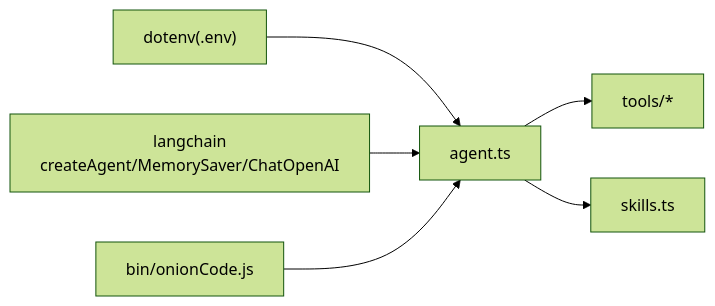
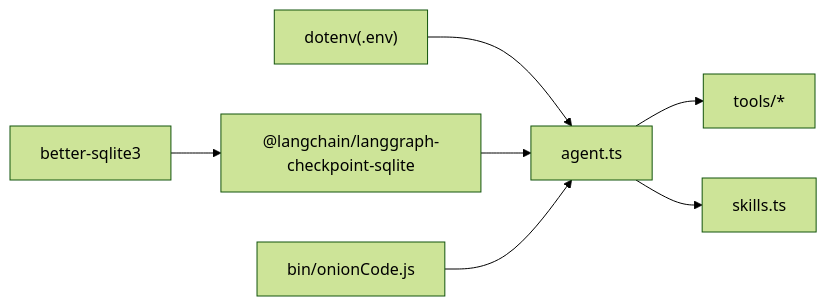
Before and after one commit to HAOFUYANG/onion-code: the sixth of 6 diagrams in .qoder/repowiki/zh/content/核心代理系统/会话管理机制.md, drawn with Mermaid (forest theme). The commit also changed other lines of this file and 3 other files, not shown here.

````diff
--- a/.qoder/repowiki/zh/content/核心代理系统/会话管理机制.md
+++ b/.qoder/repowiki/zh/content/核心代理系统/会话管理机制.md
@@ -298,8 +307,9 @@
 ```mermaid
 graph LR
 DOTENV["dotenv(.env)"] --> AG["agent.ts"]
-LC["langchain<br/>createAgent/MemorySaver/ChatOpenAI"] --> AG
+LC["@langchain/langgraph-checkpoint-sqlite"] --> AG
+BS["better-sqlite3"] --> LC
 AG --> TS["tools/*"]
 AG --> SK["skills.ts"]
 BIN["bin/onionCode.js"] --> AG
 ```
````
